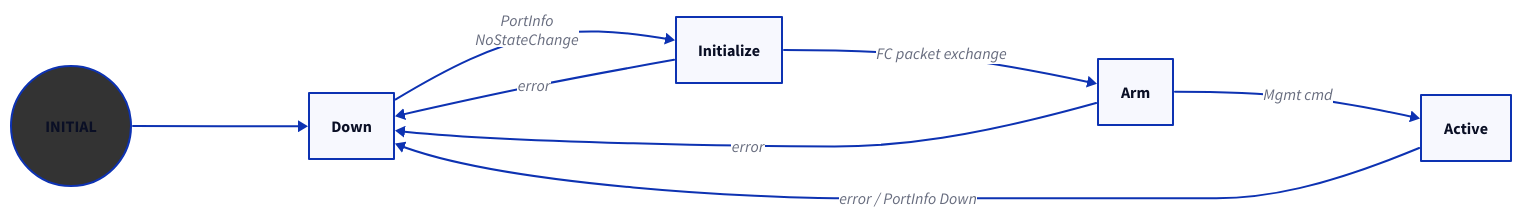
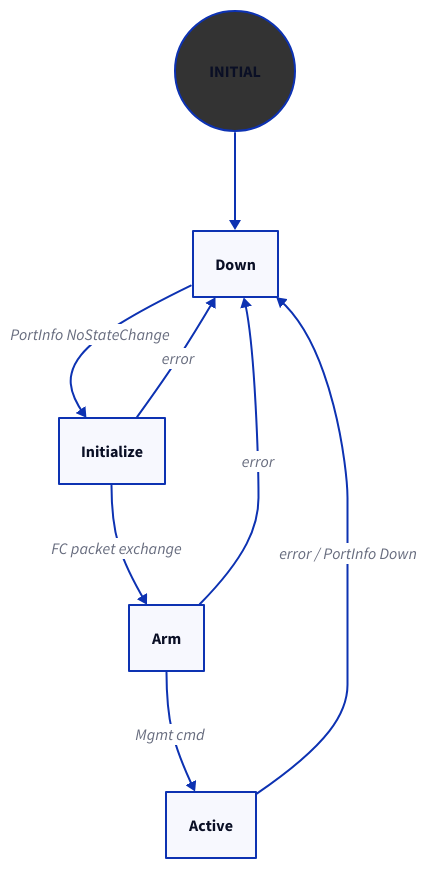
Before and after one commit to humbleowl39/DV_SKOOL: the sixth of 6 diagrams in topics/rdma/docs/02_ib_protocol_stack.md, drawn with D2. The commit also changed other lines of this file and 90 other files, not shown here.

First line of the commit message:
docs: 전 토픽 다이어그램 정비 — ASCII→D2, mermaid→D2, 과대 D2 가시성 수정

````diff
--- a/topics/rdma/docs/02_ib_protocol_stack.md
+++ b/topics/rdma/docs/02_ib_protocol_stack.md
@@ -503,12 +490,12 @@
 ```d2
-direction: right
+direction: down
 
 INITIAL { shape: circle; style.fill: "#333" }
 INITIAL -> Down
-Down -> Initialize: "PortInfo\nNoStateChange"
+Down -> Initialize: "PortInfo NoStateChange"
 Initialize -> Arm: "FC packet exchange"
 Arm -> Active: "Mgmt cmd"
 Active -> Down: "error / PortInfo Down"
 Initialize -> Down: "error"
 Arm -> Down: "error"
 ```
````
